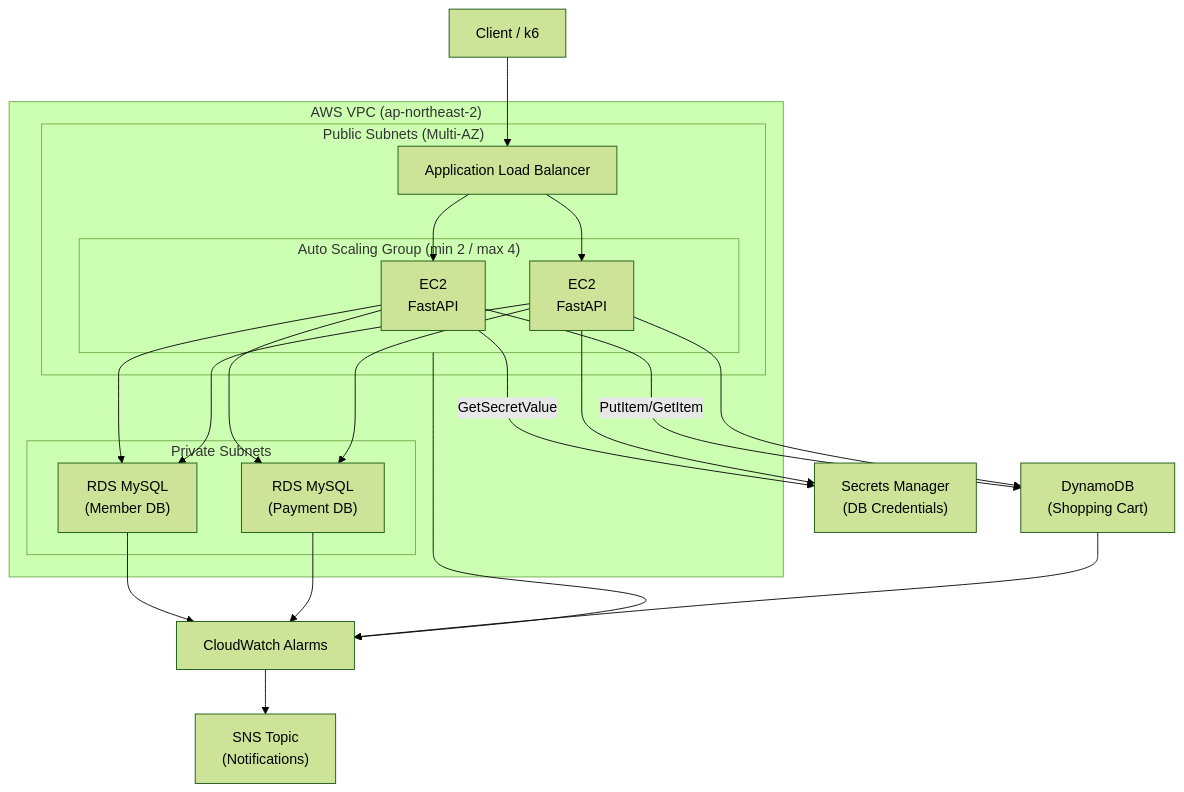
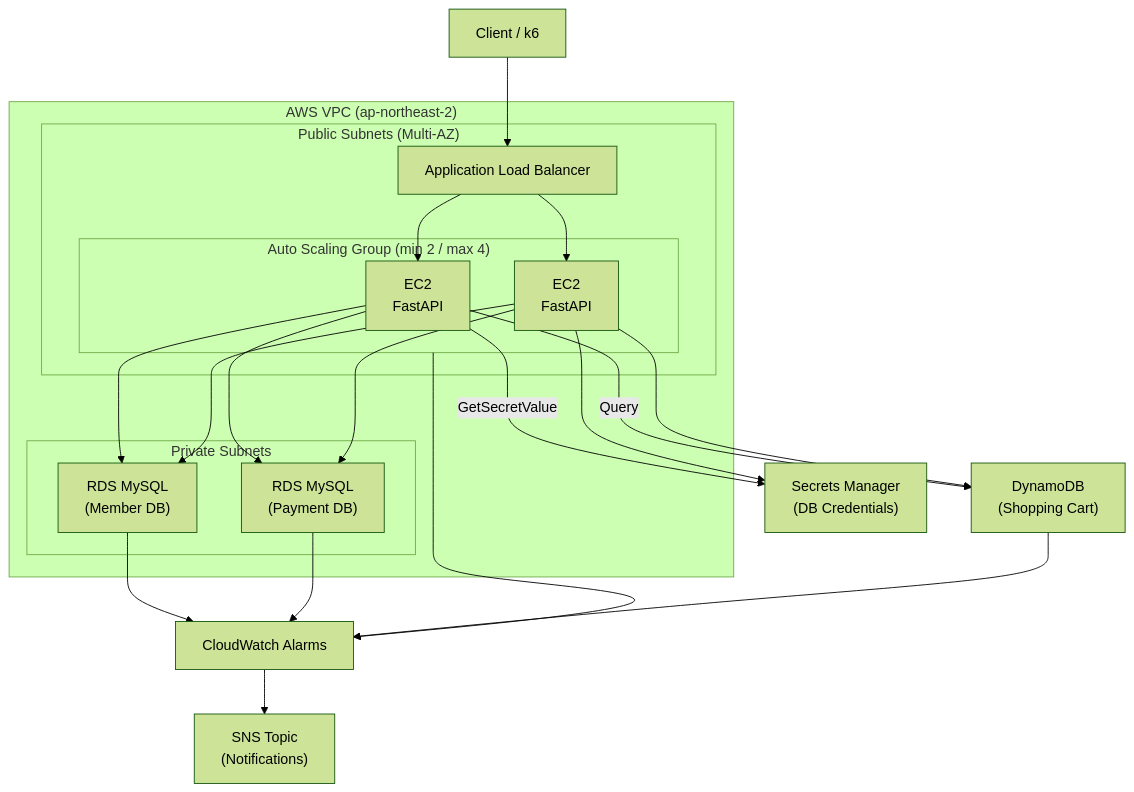
The diagram in README.md (HyoGyeong-Yu/ecommerce-db-separation), drawn with Mermaid (forest theme) before and after one commit. The commit also changed other lines of this file and 6 other files, not shown here.

````diff
--- a/README.md
+++ b/README.md
@@ -62,43 +62,43 @@
 ```mermaid
 graph TB
     Client["Client / k6"] --> ALB["Application Load Balancer"]
 
     subgraph VPC["AWS VPC (ap-northeast-2)"]
         subgraph PublicSubnet["Public Subnets (Multi-AZ)"]
             ALB
             subgraph ASG["Auto Scaling Group (min 2 / max 4)"]
                 EC2A["EC2<br/>FastAPI"]
                 EC2B["EC2<br/>FastAPI"]
             end
         end
 
         subgraph PrivateSubnet["Private Subnets"]
             MemberDB["RDS MySQL<br/>(Member DB)"]
             PaymentDB["RDS MySQL<br/>(Payment DB)"]
         end
 
         ALB --> EC2A
         ALB --> EC2B
         EC2A --> MemberDB
         EC2A --> PaymentDB
         EC2B --> MemberDB
         EC2B --> PaymentDB
     end
 
     DynamoDB["DynamoDB<br/>(Shopping Cart)"]
     SecretsManager["Secrets Manager<br/>(DB Credentials)"]
 
     EC2A -->|GetSecretValue| SecretsManager
-    EC2A -->|PutItem/GetItem| DynamoDB
+    EC2A -->|Query| DynamoDB
     EC2B --> SecretsManager
     EC2B --> DynamoDB
 
     CloudWatch["CloudWatch Alarms"]
     SNS["SNS Topic<br/>(Notifications)"]
 
     MemberDB --> CloudWatch
     PaymentDB --> CloudWatch
     DynamoDB --> CloudWatch
     ASG --> CloudWatch
     CloudWatch --> SNS
 ```
````
